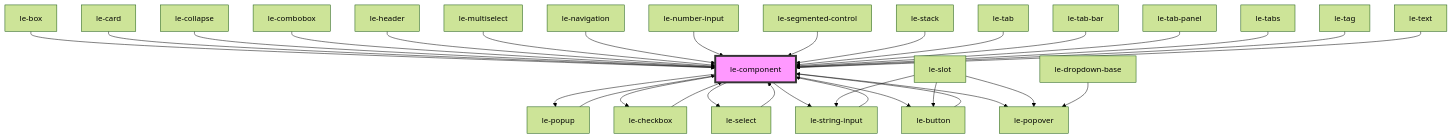
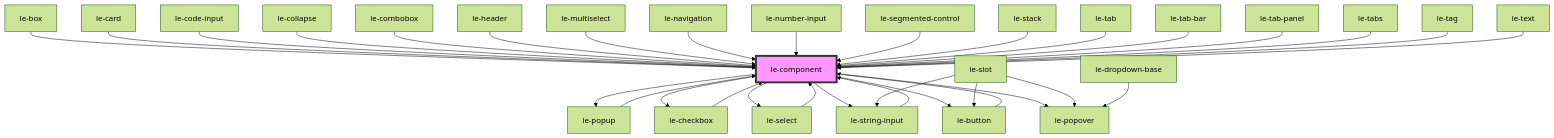
One commit to leechy/le-kit changed the diagram in src/components/le-component/readme.md. Above: the diagram before and after it, drawn with Mermaid (forest theme). The commit also changed other lines of this file and 7 other files, not shown here.

````diff
--- a/src/components/le-component/readme.md
+++ b/src/components/le-component/readme.md
@@ -85,35 +86,36 @@
 ```mermaid
 graph TD;
   le-component --> le-button
   le-component --> le-select
   le-component --> le-checkbox
   le-component --> le-string-input
   le-component --> le-popover
   le-component --> le-popup
   le-button --> le-component
   le-slot --> le-popover
   le-slot --> le-button
   le-slot --> le-string-input
   le-string-input --> le-component
   le-select --> le-component
   le-dropdown-base --> le-popover
   le-checkbox --> le-component
   le-popup --> le-component
   le-box --> le-component
   le-card --> le-component
+  le-code-input --> le-component
   le-collapse --> le-component
   le-combobox --> le-component
   le-header --> le-component
   le-multiselect --> le-component
   le-navigation --> le-component
   le-number-input --> le-component
   le-segmented-control --> le-component
   le-stack --> le-component
   le-tab --> le-component
   le-tab-bar --> le-component
   le-tab-panel --> le-component
   le-tabs --> le-component
   le-tag --> le-component
   le-text --> le-component
   style le-component fill:#f9f,stroke:#333,stroke-width:4px
 ```
````
